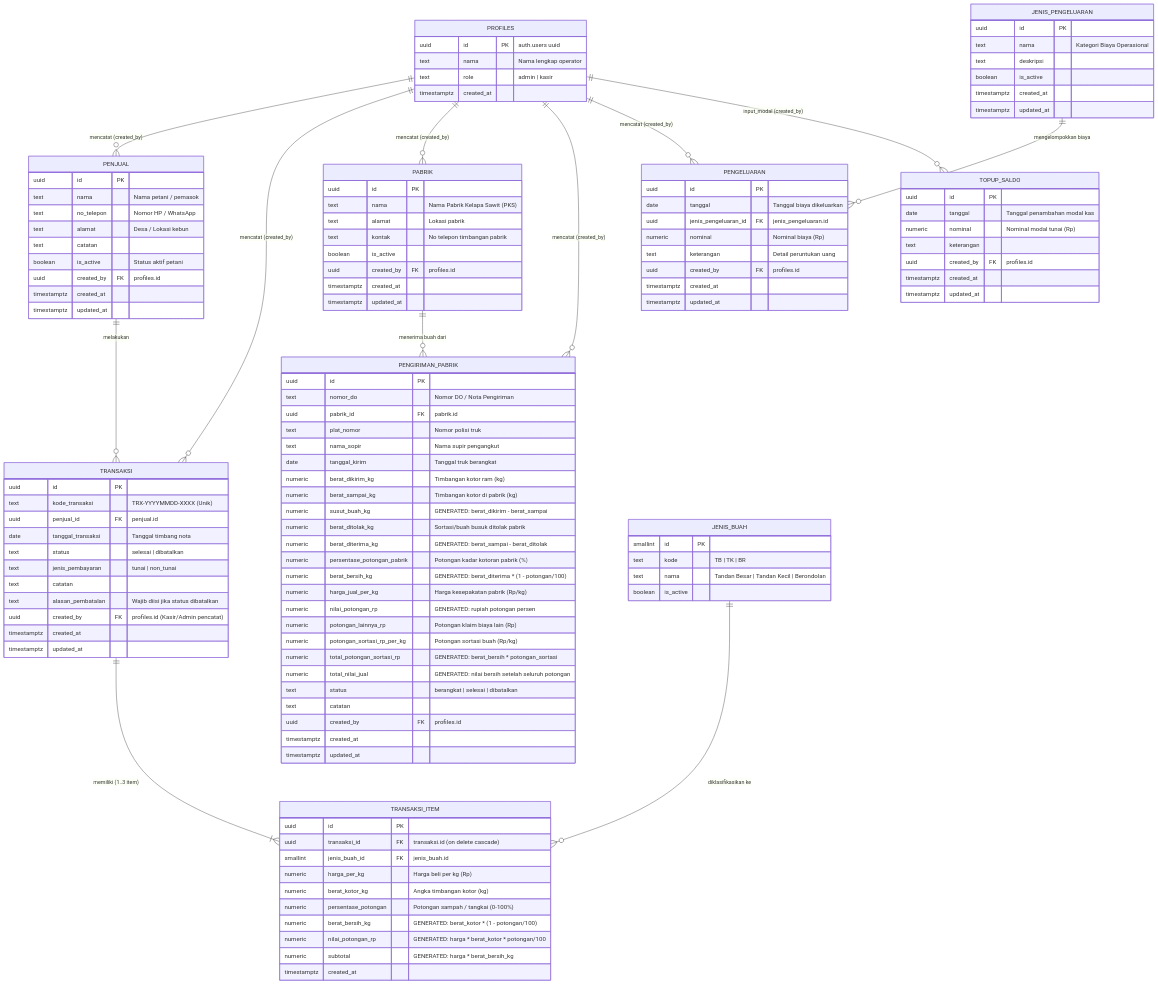
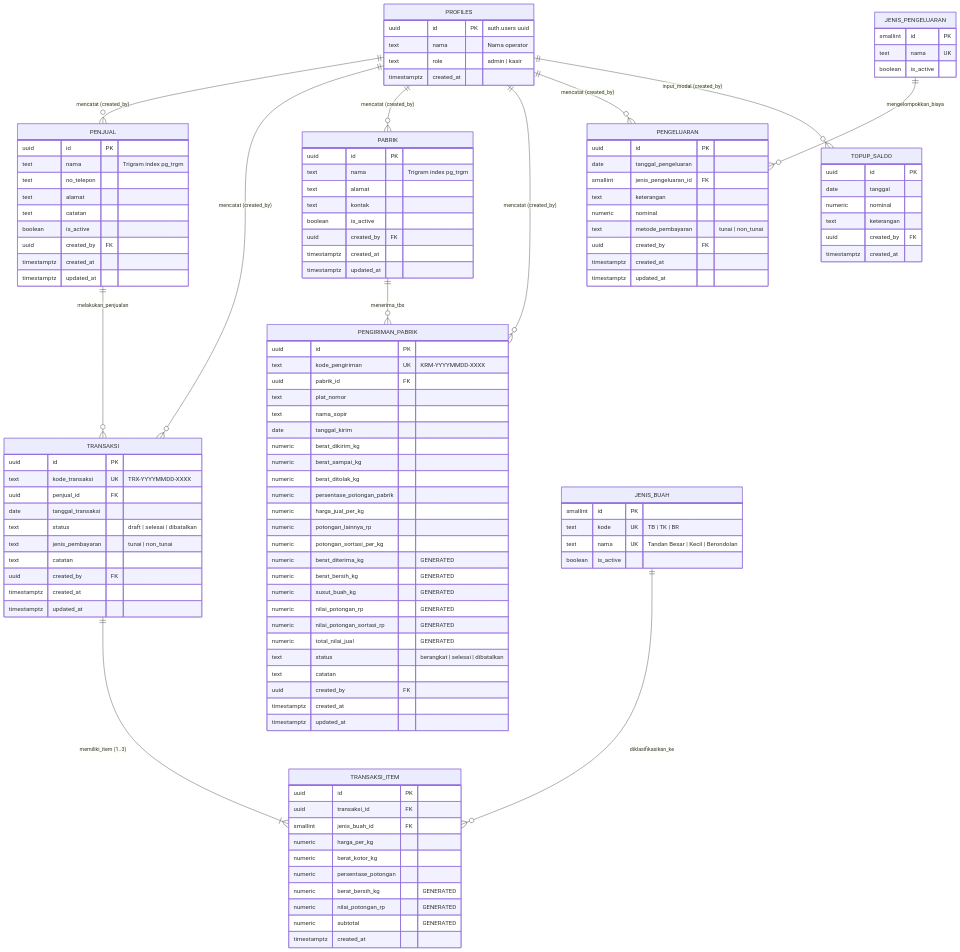
One commit to Mfkr07/RamSawit-App changed the second of 13 diagrams in doc/DIAGRAM-SISTEM-Aplikasi-Transaksi-Sawit.md. Above: the diagram before and after it, drawn with Mermaid. The commit also changed other lines of this file and 7 other files, not shown here.

````diff
--- a/doc/DIAGRAM-SISTEM-Aplikasi-Transaksi-Sawit.md
+++ b/doc/DIAGRAM-SISTEM-Aplikasi-Transaksi-Sawit.md
@@ -42,131 +83,127 @@
     PROFILES ||--o{ PENGELUARAN : "mencatat (created_by)"
     PROFILES ||--o{ TOPUP_SALDO : "input_modal (created_by)"
 
-    PENJUAL ||--o{ TRANSAKSI : "melakukan"
-    TRANSAKSI ||--|{ TRANSAKSI_ITEM : "memiliki (1..3 item)"
-    JENIS_BUAH ||--o{ TRANSAKSI_ITEM : "diklasifikasikan ke"
+    PENJUAL ||--o{ TRANSAKSI : "melakukan_penjualan"
+    TRANSAKSI ||--|{ TRANSAKSI_ITEM : "memiliki_item (1..3)"
+    JENIS_BUAH ||--o{ TRANSAKSI_ITEM : "diklasifikasikan_ke"
 
-    PABRIK ||--o{ PENGIRIMAN_PABRIK : "menerima buah dari"
-    JENIS_PENGELUARAN ||--o{ PENGELUARAN : "mengelompokkan biaya"
+    PABRIK ||--o{ PENGIRIMAN_PABRIK : "menerima_tbs"
+    JENIS_PENGELUARAN ||--o{ PENGELUARAN : "mengelompokkan_biaya"
 
     PROFILES {
         uuid id PK "auth.users uuid"
-        text nama "Nama lengkap operator"
+        text nama "Nama operator"
         text role "admin | kasir"
         timestamptz created_at
     }
 
     PENJUAL {
         uuid id PK
-        text nama "Nama petani / pemasok"
-        text no_telepon "Nomor HP / WhatsApp"
-        text alamat "Desa / Lokasi kebun"
+        text nama "Trigram index pg_trgm"
+        text no_telepon
+        text alamat
         text catatan
-        boolean is_active "Status aktif petani"
-        uuid created_by FK "profiles.id"
+        boolean is_active
+        uuid created_by FK
         timestamptz created_at
         timestamptz updated_at
     }
 
     JENIS_BUAH {
         smallint id PK
-        text kode "TB | TK | BR"
-        text nama "Tandan Besar | Tandan Kecil | Berondolan"
+        text kode UK "TB | TK | BR"
+        text nama UK "Tandan Besar | Kecil | Berondolan"
+        boolean is_active
+    }
+
+    PABRIK {
+        uuid id PK
+        text nama "Trigram index pg_trgm"
+        text alamat
+        text kontak
+        boolean is_active
+        uuid created_by FK
+        timestamptz created_at
+        timestamptz updated_at
+    }
+
+    JENIS_PENGELUARAN {
+        smallint id PK
+        text nama UK
         boolean is_active
     }
 
     TRANSAKSI {
         uuid id PK
-        text kode_transaksi "TRX-YYYYMMDD-XXXX (Unik)"
-        uuid penjual_id FK "penjual.id"
-        date tanggal_transaksi "Tanggal timbang nota"
-        text status "selesai | dibatalkan"
+        text kode_transaksi UK "TRX-YYYYMMDD-XXXX"
+        uuid penjual_id FK
+        date tanggal_transaksi
+        text status "draft | selesai | dibatalkan"
         text jenis_pembayaran "tunai | non_tunai"
         text catatan
-        text alasan_pembatalan "Wajib diisi jika status dibatalkan"
-        uuid created_by FK "profiles.id (Kasir/Admin pencatat)"
+        uuid created_by FK
         timestamptz created_at
         timestamptz updated_at
     }
 
     TRANSAKSI_ITEM {
         uuid id PK
-        uuid transaksi_id FK "transaksi.id (on delete cascade)"
-        smallint jenis_buah_id FK "jenis_buah.id"
-        numeric harga_per_kg "Harga beli per kg (Rp)"
-        numeric berat_kotor_kg "Angka timbangan kotor (kg)"
-        numeric persentase_potongan "Potongan sampah / tangkai (0-100%)"
-        numeric berat_bersih_kg "GENERATED: berat_kotor * (1 - potongan/100)"
-        numeric nilai_potongan_rp "GENERATED: harga * berat_kotor * potongan/100"
-        numeric subtotal "GENERATED: harga * berat_bersih_kg"
+        uuid transaksi_id FK
+        smallint jenis_buah_id FK
+        numeric harga_per_kg
+        numeric berat_kotor_kg
+        numeric persentase_potongan
+        numeric berat_bersih_kg "GENERATED"
+        numeric nilai_potongan_rp "GENERATED"
+        numeric subtotal "GENERATED"
         timestamptz created_at
-    }
-
-    PABRIK {
-        uuid id PK
-        text nama "Nama Pabrik Kelapa Sawit (PKS)"
-        text alamat "Lokasi pabrik"
-        text kontak "No telepon timbangan pabrik"
-        boolean is_active
-        uuid created_by FK "profiles.id"
-        timestamptz created_at
-        timestamptz updated_at
     }
 
     PENGIRIMAN_PABRIK {
         uuid id PK
-        text nomor_do "Nomor DO / Nota Pengiriman"
-        uuid pabrik_id FK "pabrik.id"
-        text plat_nomor "Nomor polisi truk"
-        text nama_sopir "Nama supir pengangkut"
-        date tanggal_kirim "Tanggal truk berangkat"
-        numeric berat_dikirim_kg "Timbangan kotor ram (kg)"
-        numeric berat_sampai_kg "Timbangan kotor di pabrik (kg)"
-        numeric susut_buah_kg "GENERATED: berat_dikirim - berat_sampai"
-        numeric berat_ditolak_kg "Sortasi/buah busuk ditolak pabrik"
-        numeric berat_diterima_kg "GENERATED: berat_sampai - berat_ditolak"
-        numeric persentase_potongan_pabrik "Potongan kadar kotoran pabrik (%)"
-        numeric berat_bersih_kg "GENERATED: berat_diterima * (1 - potongan/100)"
-        numeric harga_jual_per_kg "Harga kesepakatan pabrik (Rp/kg)"
-        numeric nilai_potongan_rp "GENERATED: rupiah potongan persen"
-        numeric potongan_lainnya_rp "Potongan klaim biaya lain (Rp)"
-        numeric potongan_sortasi_rp_per_kg "Potongan sortasi buah (Rp/kg)"
-        numeric total_potongan_sortasi_rp "GENERATED: berat_bersih * potongan_sortasi"
-        numeric total_nilai_jual "GENERATED: nilai bersih setelah seluruh potongan"
+        text kode_pengiriman UK "KRM-YYYYMMDD-XXXX"
+        uuid pabrik_id FK
+        text plat_nomor
+        text nama_sopir
+        date tanggal_kirim
+        numeric berat_dikirim_kg
+        numeric berat_sampai_kg
+        numeric berat_ditolak_kg
+        numeric persentase_potongan_pabrik
+        numeric harga_jual_per_kg
+        numeric potongan_lainnya_rp
+        numeric potongan_sortasi_per_kg
+        numeric berat_diterima_kg "GENERATED"
+        numeric berat_bersih_kg "GENERATED"
+        numeric susut_buah_kg "GENERATED"
+        numeric nilai_potongan_rp "GENERATED"
+        numeric nilai_potongan_sortasi_rp "GENERATED"
+        numeric total_nilai_jual "GENERATED"
         text status "berangkat | selesai | dibatalkan"
         text catatan
-        uuid created_by FK "profiles.id"
-        timestamptz created_at
-        timestamptz updated_at
-    }
-
-    JENIS_PENGELUARAN {
-        uuid id PK
-        text nama "Kategori Biaya Operasional"
-        text deskripsi
-        boolean is_active
+        uuid created_by FK
         timestamptz created_at
         timestamptz updated_at
     }
 
     PENGELUARAN {
         uuid id PK
-        date tanggal "Tanggal biaya dikeluarkan"
-        uuid jenis_pengeluaran_id FK "jenis_pengeluaran.id"
-        numeric nominal "Nominal biaya (Rp)"
-        text keterangan "Detail peruntukan uang"
-        uuid created_by FK "profiles.id"
+        date tanggal_pengeluaran
+        smallint jenis_pengeluaran_id FK
+        text keterangan
+        numeric nominal
+        text metode_pembayaran "tunai | non_tunai"
+        uuid created_by FK
         timestamptz created_at
         timestamptz updated_at
     }
 
     TOPUP_SALDO {
         uuid id PK
-        date tanggal "Tanggal penambahan modal kas"
-        numeric nominal "Nominal modal tunai (Rp)"
+        date tanggal
+        numeric nominal
         text keterangan
-        uuid created_by FK "profiles.id"
+        uuid created_by FK
         timestamptz created_at
-        timestamptz updated_at
     }
 ```
````
